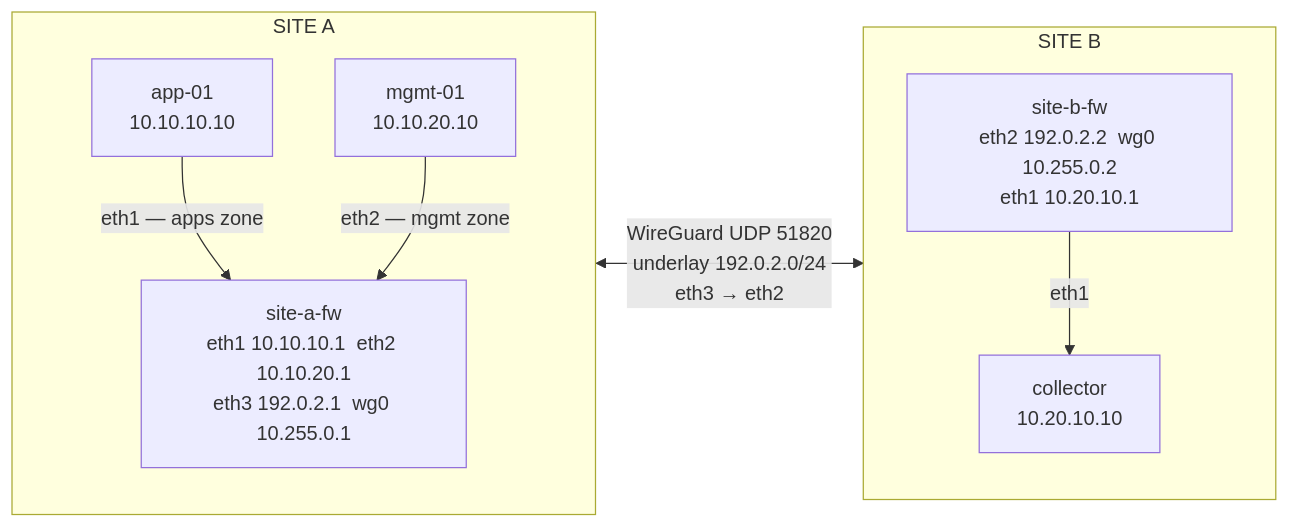
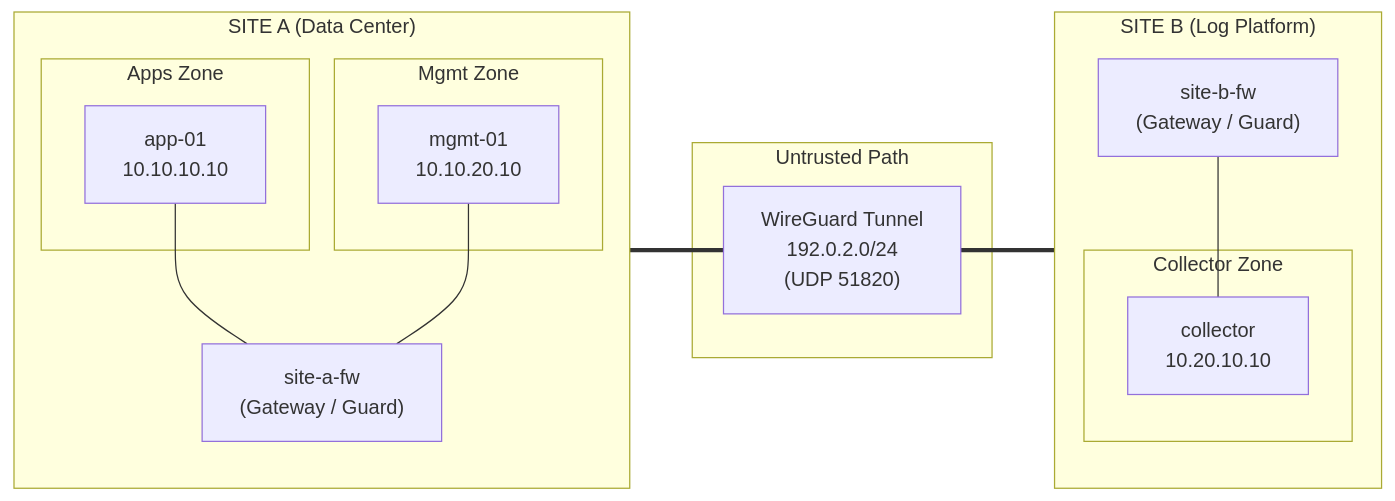
The first of 3 diagrams in docs/topology.md (Douglasdadog/hm-network-home-lab), drawn with Mermaid before and after one commit. The commit also changed other lines of this file, not shown here.

Commit message:
simplify topology diagrams for clean visual readability

````diff
--- a/docs/topology.md
+++ b/docs/topology.md
@@ -27,18 +11,31 @@
 ```mermaid
 flowchart LR
-  subgraph A["SITE A"]
+  subgraph SiteA ["SITE A (Data Center)"]
     direction TB
-    app01["app-01\n10.10.10.10"]
-    mgmt01["mgmt-01\n10.10.20.10"]
-    fwA["site-a-fw\neth1 10.10.10.1  eth2 10.10.20.1\neth3 192.0.2.1  wg0 10.255.0.1"]
-    app01 -->|"eth1 — apps zone"| fwA
-    mgmt01 -->|"eth2 — mgmt zone"| fwA
+    subgraph AppsZone ["Apps Zone"]
+      app01["app-01<br/>10.10.10.10"]
+    end
+    subgraph MgmtZone ["Mgmt Zone"]
+      mgmt01["mgmt-01<br/>10.10.20.10"]
+    end
+    fwA["site-a-fw<br/>(Gateway / Guard)"]
+    
+    app01 --- fwA
+    mgmt01 --- fwA
   end
-  subgraph B["SITE B"]
+
+  subgraph Underlay ["Untrusted Path"]
+    tunnel["WireGuard Tunnel<br/>192.0.2.0/24<br/>(UDP 51820)"]
+  end
+
+  subgraph SiteB ["SITE B (Log Platform)"]
     direction TB
-    fwB["site-b-fw\neth2 192.0.2.2  wg0 10.255.0.2\neth1 10.20.10.1"]
-    col["collector\n10.20.10.10"]
-    fwB -->|"eth1"| col
+    fwB["site-b-fw<br/>(Gateway / Guard)"]
+    subgraph CollectorZone ["Collector Zone"]
+      col["collector<br/>10.20.10.10"]
+    end
+    fwB --- col
   end
-  fwA <-->|"WireGuard UDP 51820\nunderlay 192.0.2.0/24\neth3 → eth2"| fwB
+
+  fwA === tunnel === fwB
 ```
````
